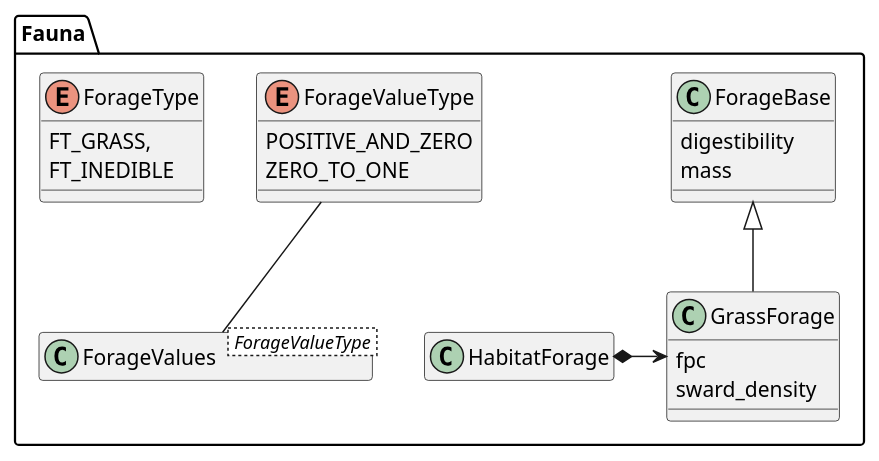
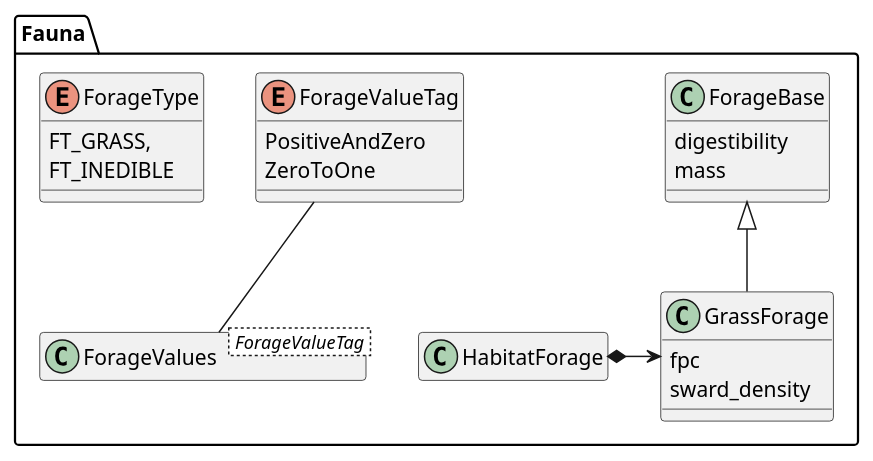
Before and after one commit to wtraylor/modular_megafauna_model: the fourth of 14 diagrams in docs/diagrams.iuml, drawn with PlantUML. The commit also changed other lines of this file and 4 other files, not shown here.

Commit message:
Use enum class for ForageValueTag

```diff
--- a/docs/diagrams.iuml
+++ b/docs/diagrams.iuml
@@ -67,31 +67,31 @@
 @startuml (id=forage_classes)
   hide members
   hide methods
   namespace Fauna{
     class ForageBase{
       digestibility
       mass
     }
     show ForageBase members
     class GrassForage{
       fpc
       sward_density
     }
     show GrassForage members
     ForageBase <|-- GrassForage
     class HabitatForage
     HabitatForage *->GrassForage
-    enum ForageValueType{
-      POSITIVE_AND_ZERO
-      ZERO_TO_ONE
+    enum ForageValueTag{
+      PositiveAndZero
+      ZeroToOne
     }
-    show ForageValueType members
-    class ForageValues< ForageValueType >
-    ForageValueType -- ForageValues
+    show ForageValueTag members
+    class ForageValues< ForageValueTag >
+    ForageValueTag -- ForageValues
     enum ForageType{
       FT_GRASS,
       FT_INEDIBLE
     }
     show ForageType members
   }
 @enduml
```
